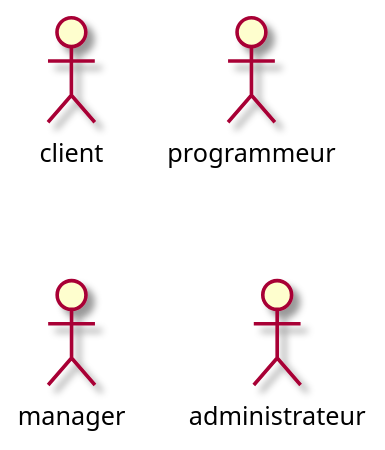
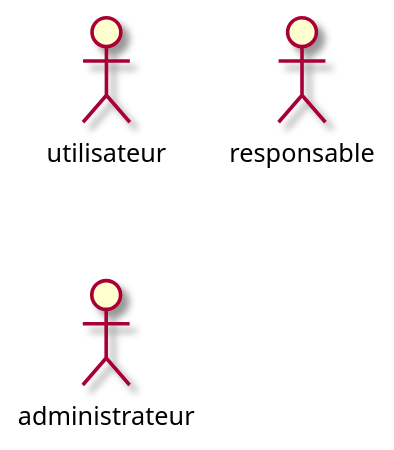
Before and after one commit to mrajaonson/glg204-room-management-system: the first of 6 diagrams in docs/01 Besoins.md, drawn with PlantUML. The commit also changed other lines of this file, not shown here.

```diff
--- a/docs/01 Besoins.md
+++ b/docs/01 Besoins.md
@@ -93,9 +85,8 @@
 ~~~plantuml
 @startuml
 skin rose
-:client:
-:programmeur:
-:manager:
+:utilisateur:
+:responsable:
 :administrateur:
 @enduml
 ~~~
```
